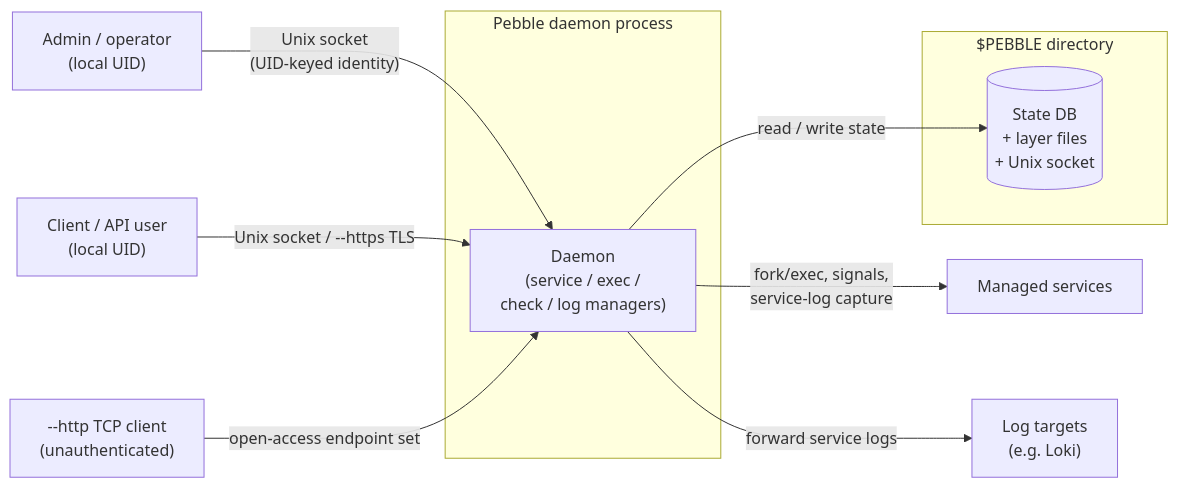
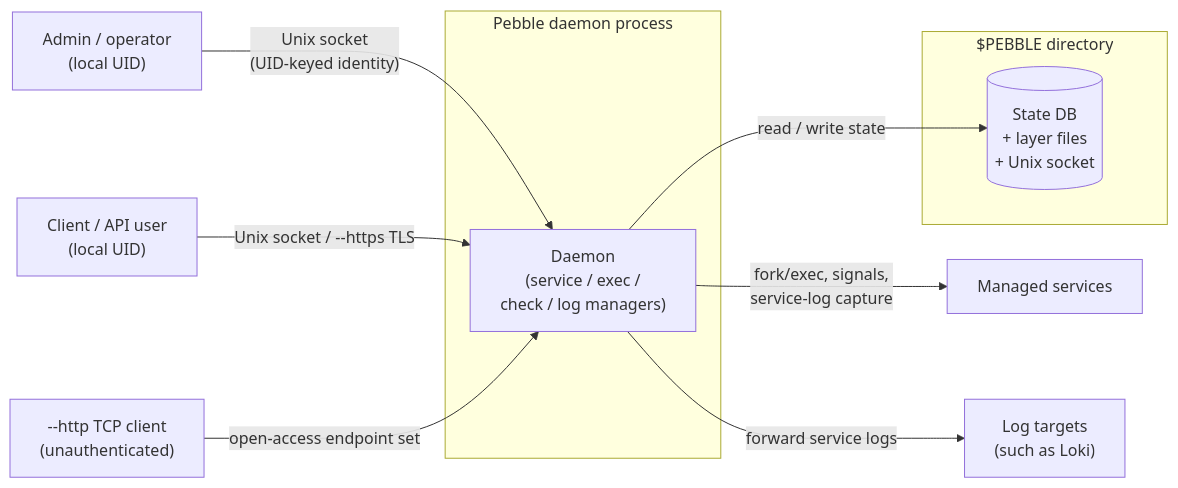
Before and after one commit to canonical/pebble: the diagram in docs/explanation/security.md, drawn with Mermaid.

Commit message:
docs(security): replace e.g. with such as in architecture diagram
Drop the Latin abbreviation in favour of plain English, matching the
prose style used elsewhere on the page.

````diff
--- a/docs/explanation/security.md
+++ b/docs/explanation/security.md
@@ -10,21 +10,21 @@
 ```{mermaid}
 flowchart LR
     Admin["Admin / operator<br/>(local UID)"]
     Client["Client / API user<br/>(local UID)"]
     HTTP["--http TCP client<br/>(unauthenticated)"]
     subgraph DaemonProc["Pebble daemon process"]
         Daemon["Daemon<br/>(service / exec /<br/>check / log managers)"]
     end
     subgraph State["$PEBBLE directory"]
         StateDB[("State DB<br/>+ layer files<br/>+ Unix socket")]
     end
     Services["Managed services"]
-    Logs["Log targets<br/>(e.g. Loki)"]
+    Logs["Log targets<br/>(such as Loki)"]
 
     Admin -- "Unix socket<br/>(UID-keyed identity)" --> Daemon
     Client -- "Unix socket / --https TLS" --> Daemon
     HTTP -- "open-access endpoint set" --> Daemon
     Daemon -- "fork/exec, signals,<br/>service-log capture" --> Services
     Daemon -- "read / write state" --> StateDB
     Daemon -- "forward service logs" --> Logs
 ```
````
